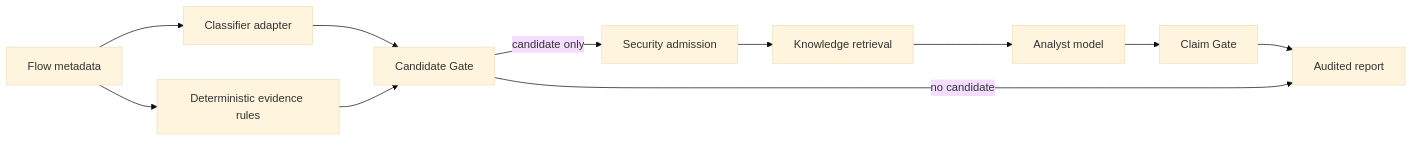
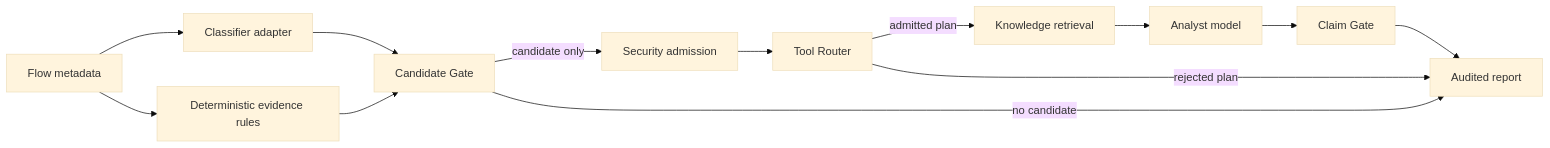
One commit to jiapengLi11/vpn-anomaly-agent-platform changed the diagram in docs/architecture.md. Above: the diagram before and after it, drawn with Mermaid (base theme). The commit also changed other lines of this file and 30 other files, not shown here.

Commit message:
feat: add audited tool router and layered knowledge evaluation

````diff
--- a/docs/architecture.md
+++ b/docs/architecture.md
@@ -5,13 +5,15 @@
 ```mermaid
 flowchart LR
     A[Flow metadata] --> B[Classifier adapter]
     A --> C[Deterministic evidence rules]
     B --> D[Candidate Gate]
     C --> D
     D -->|candidate only| E[Security admission]
-    E --> F[Knowledge retrieval]
-    F --> G[Analyst model]
-    G --> H[Claim Gate]
-    H --> I[Audited report]
-    D -->|no candidate| I
+    E --> F[Tool Router]
+    F -->|admitted plan| G[Knowledge retrieval]
+    G --> H[Analyst model]
+    H --> I[Claim Gate]
+    I --> J[Audited report]
+    D -->|no candidate| J
+    F -->|rejected plan| J
 ```
````
